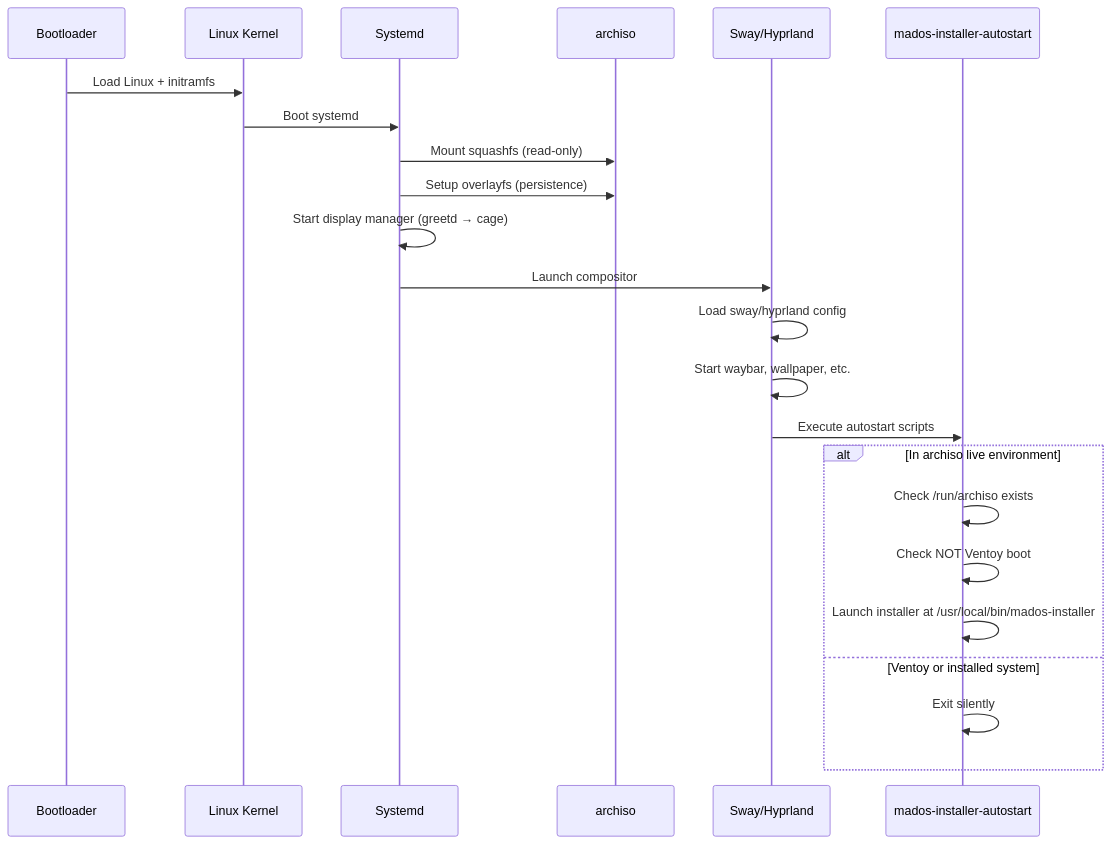
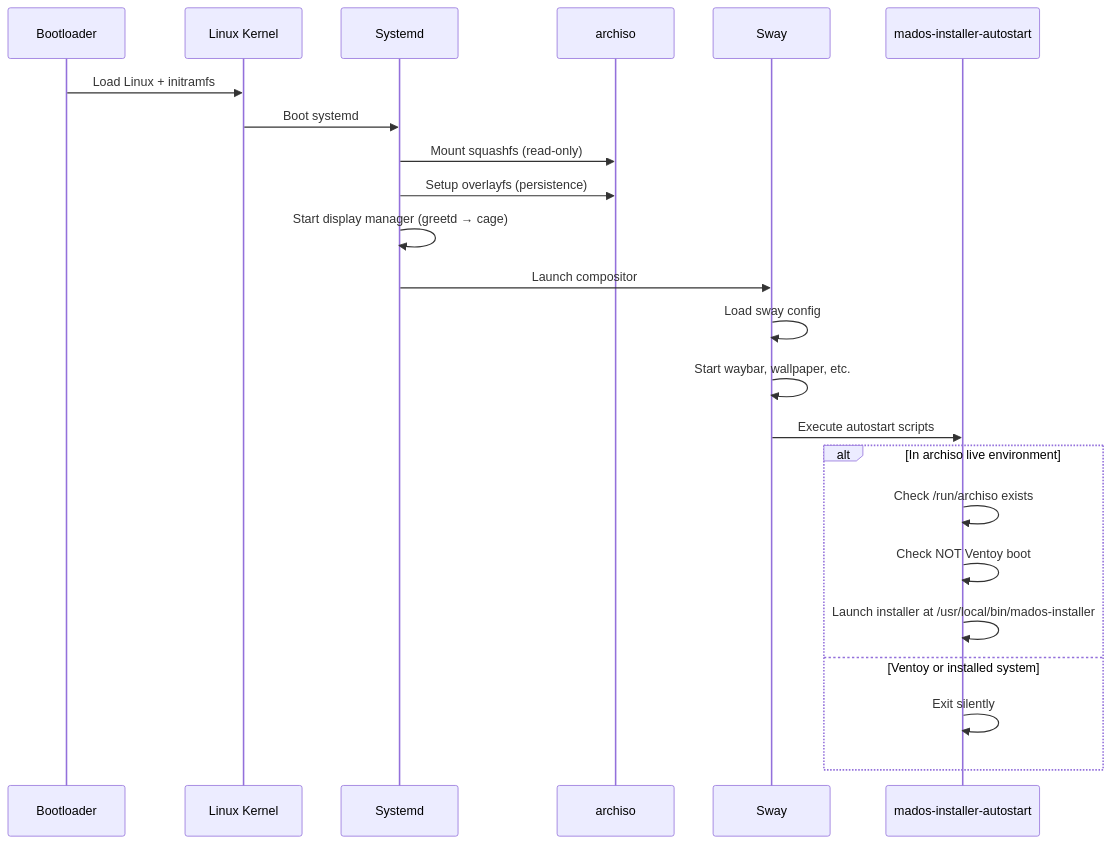
Before and after one commit to madoslinux/mad-os: the second of 5 diagrams in docs/SEQUENCE_DIAGRAMS.md, drawn with Mermaid. The commit also changed other lines of this file and 37 other files, not shown here.

First line of the commit message:
refactor: remove Hyprland/Wayland references, consolidate on Sway+X11 for madOS-lite

````diff
--- a/docs/SEQUENCE_DIAGRAMS.md
+++ b/docs/SEQUENCE_DIAGRAMS.md
@@ -35,28 +35,28 @@
 ```mermaid
 sequenceDiagram
     participant B as Bootloader
     participant K as Linux Kernel
     participant S as Systemd
     participant A as archiso
-    participant W as Sway/Hyprland
+    participant W as Sway
     participant I as mados-installer-autostart
 
     B->>K: Load Linux + initramfs
     K->>S: Boot systemd
     S->>A: Mount squashfs (read-only)
     S->>A: Setup overlayfs (persistence)
     S->>S: Start display manager (greetd → cage)
     
     S->>W: Launch compositor
-    W->>W: Load sway/hyprland config
+    W->>W: Load sway config
     W->>W: Start waybar, wallpaper, etc.
     
     W->>I: Execute autostart scripts
     alt In archiso live environment
         I->>I: Check /run/archiso exists
         I->>I: Check NOT Ventoy boot
         I->>I: Launch installer at /usr/local/bin/mados-installer
     else Ventoy or installed system
         I->>I: Exit silently
     end
 ```
````
